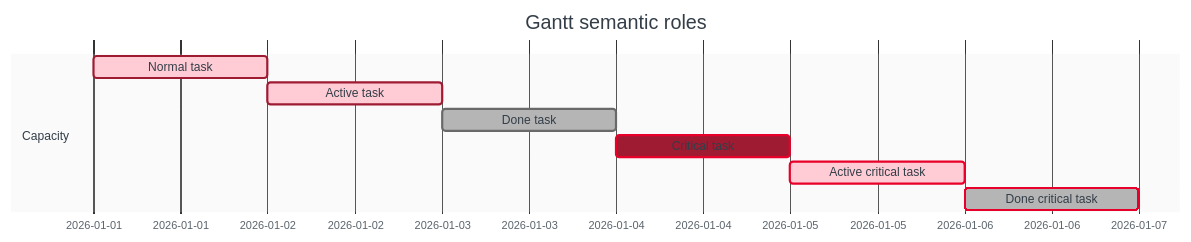
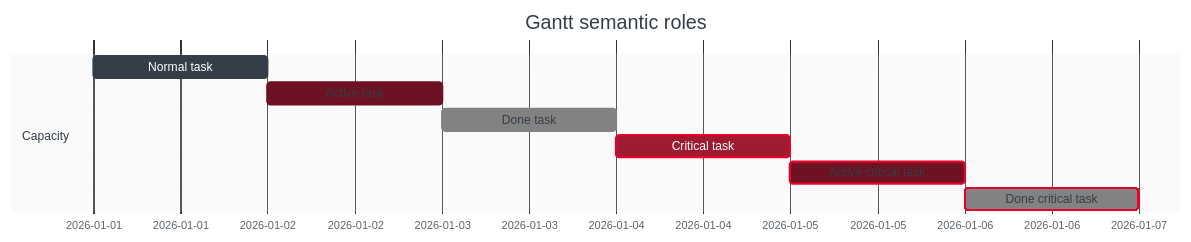
One commit to gvillarroel/skills changed the diagram in skills/mermaid/assets/examples/mermaid-max-complexity/source/colorset1/gantt.mmd. Above: the diagram before and after it, drawn with Mermaid. The commit also changed 847 other files, not shown here.

```diff
--- a/skills/mermaid/assets/examples/mermaid-max-complexity/source/colorset1/gantt.mmd
+++ b/skills/mermaid/assets/examples/mermaid-max-complexity/source/colorset1/gantt.mmd
@@ -1,64 +1,65 @@
 ---
 # mermaid: config begin
 config:
   theme: "base"
   themeVariables:
     background: "#ffffff"
-    primaryColor: "#ffccd5"
-    primaryTextColor: "#333e48"
+    primaryColor: "#9e1b32"
+    primaryTextColor: "#ffffff"
     primaryBorderColor: "#9e1b32"
-    secondaryColor: "#e7e7e7"
-    secondaryTextColor: "#333e48"
-    secondaryBorderColor: "#4f4f4f"
-    tertiaryColor: "#e7e7e7"
-    tertiaryTextColor: "#333e48"
-    tertiaryBorderColor: "#9c9c9c"
+    secondaryColor: "#333e48"
+    secondaryTextColor: "#ffffff"
+    secondaryBorderColor: "#333e48"
+    tertiaryColor: "#6d1222"
+    tertiaryTextColor: "#ffffff"
+    tertiaryBorderColor: "#6d1222"
     lineColor: "#696969"
     textColor: "#333e48"
-    mainBkg: "#ffccd5"
-    nodeBkg: "#ffccd5"
+    mainBkg: "#9e1b32"
+    nodeBkg: "#9e1b32"
     nodeBorder: "#9e1b32"
     clusterBkg: "#e7e7e7"
     clusterBorder: "#9c9c9c"
     defaultLinkColor: "#696969"
     edgeLabelBackground: "#ffffff"
-    labelColor: "#333e48"
+    labelColor: "#ffffff"
     titleColor: "#333e48"
     sectionBkgColor: "#e7e7e7"
     altSectionBkgColor: "#cfcfcf"
     sectionBkgColor2: "#e7e7e7"
-    taskBkgColor: "#ffccd5"
-    taskBorderColor: "#9e1b32"
-    taskTextColor: "#333e48"
+    taskBkgColor: "#333e48"
+    taskBorderColor: "#333e48"
+    taskTextColor: "#ffffff"
     taskTextDarkColor: "#333e48"
     taskTextLightColor: "#ffffff"
     taskTextOutsideColor: "#333e48"
-    activeTaskBkgColor: "#ffccd5"
-    activeTaskBorderColor: "#9e1b32"
-    doneTaskBkgColor: "#b5b5b5"
-    doneTaskBorderColor: "#696969"
+    activeTaskBkgColor: "#6d1222"
+    activeTaskBorderColor: "#6d1222"
+    doneTaskBkgColor: "#828282"
+    doneTaskBorderColor: "#828282"
     critBkgColor: "#9e1b32"
     critBorderColor: "#e8002a"
     excludeBkgColor: "#e7e7e7"
     gridColor: "#9c9c9c"
     todayLineColor: "#e8002a"
+  themeCSS: ".node > rect, .node > circle, .node > ellipse, .node > polygon, .node > path, rect.actor, .note, .task, .task0, .task1, .task2, .task3 { stroke-width: 0 !important; }"
 # mermaid: config end
 # mermaid: metadata begin
 mermaid:
   colorset: "colorset1"
   mode: "standard"
   palette: "basic-red-neutral-style"
 # mermaid: metadata end
 ---
 gantt
   accTitle: Gantt maximum complexity showcase
   accDescr: Six dated tasks expose every Gantt status combination from normal through done-critical.
   title Gantt semantic roles
   dateFormat YYYY-MM-DD
   section Capacity
     Normal task :normal, 2026-01-01, 1d
     Active task :active, active_task, 2026-01-02, 1d
     Done task :done, done_task, 2026-01-03, 1d
     Critical task :crit, critical_task, 2026-01-04, 1d
     Active critical task :crit, active, active_critical, 2026-01-05, 1d
     Done critical task :crit, done, done_critical, 2026-01-06, 1d
```
